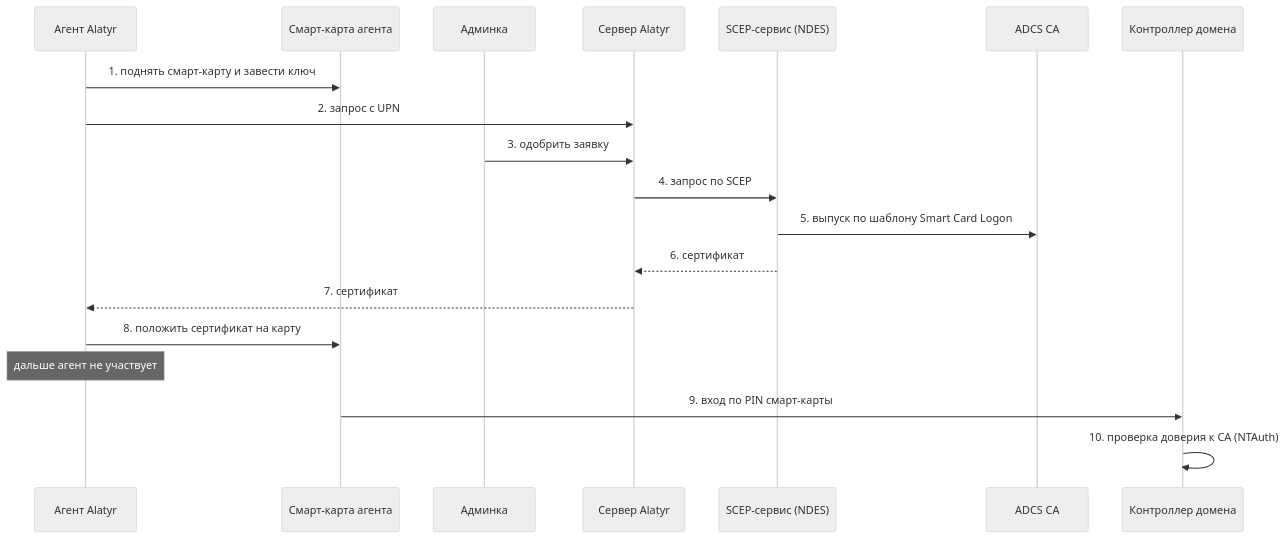
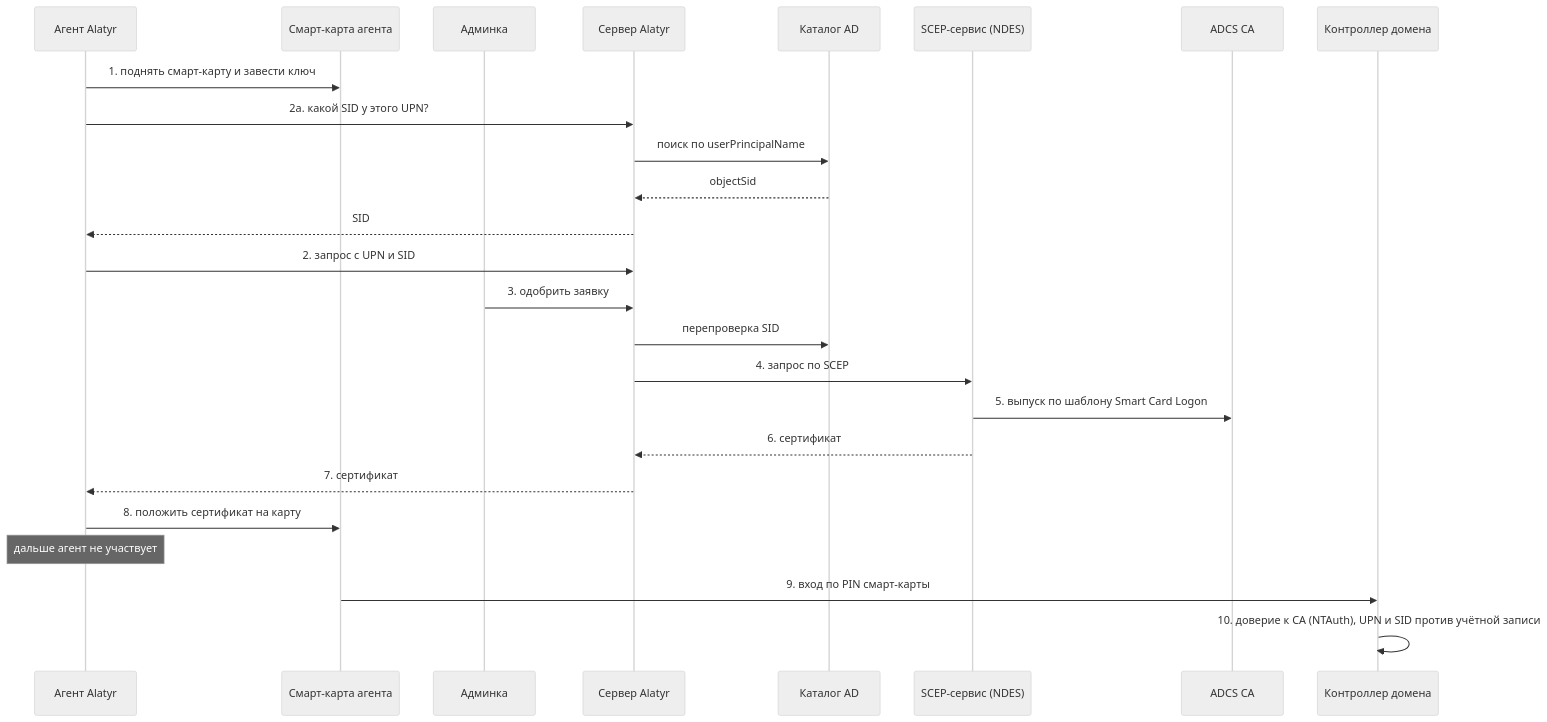
The sixth of 9 diagrams in docs/use-cases.md (s3m4rgl/alatyr-docs), drawn with Mermaid (neutral theme) before and after one commit. The commit also changed other lines of this file and 13 other files, not shown here.

First line of the commit message:
Вход по карте: откуда берутся UPN и SID

````diff
--- a/docs/use-cases.md
+++ b/docs/use-cases.md
@@ -360,22 +362,28 @@
 ```mermaid
 sequenceDiagram
     participant Agent as Агент Alatyr
     participant VSC as Смарт-карта агента
     participant Admin as Админка
     participant Server as Сервер Alatyr
+    participant LDAP as Каталог AD
     participant NDES as SCEP-сервис (NDES)
     participant ADCS as ADCS CA
     participant DC as Контроллер домена
 
     Agent->>VSC: 1. поднять смарт-карту и завести ключ
-    Agent->>Server: 2. запрос с UPN
+    Agent->>Server: 2а. какой SID у этого UPN?
+    Server->>LDAP: поиск по userPrincipalName
+    LDAP-->>Server: objectSid
+    Server-->>Agent: SID
+    Agent->>Server: 2. запрос с UPN и SID
     Admin->>Server: 3. одобрить заявку
+    Server->>LDAP: перепроверка SID
     Server->>NDES: 4. запрос по SCEP
     NDES->>ADCS: 5. выпуск по шаблону Smart Card Logon
     NDES-->>Server: 6. сертификат
     Server-->>Agent: 7. сертификат
     Agent->>VSC: 8. положить сертификат на карту
     Note over Agent: дальше агент не участвует
     VSC->>DC: 9. вход по PIN смарт-карты
-    DC->>DC: 10. проверка доверия к CA (NTAuth)
+    DC->>DC: 10. доверие к CA (NTAuth), UPN и SID против учётной записи
 ```
````
